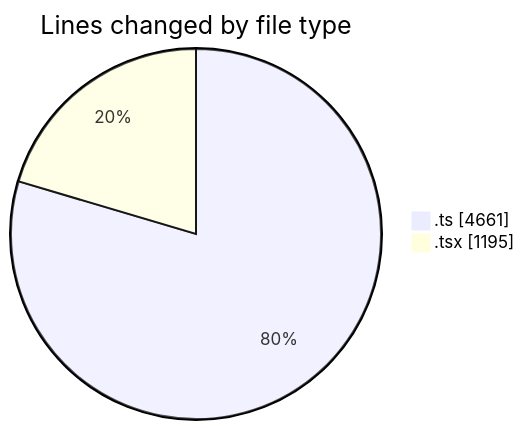
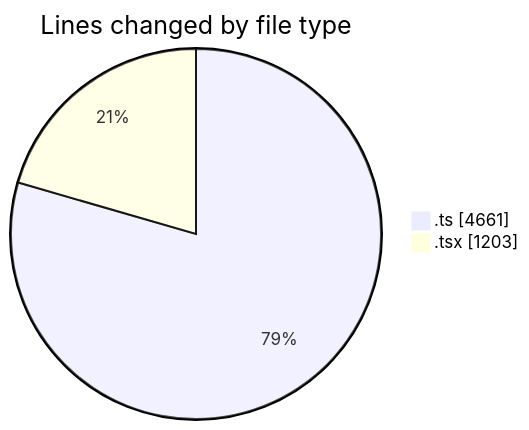
The first of 2 diagrams in 2025-07-25/cohera/README.md (JenPaints/code-tracking), drawn with Mermaid before and after one commit. The commit also changed other lines of this file and 1 other file, not shown here.

````diff
--- a/2025-07-25/cohera/README.md
+++ b/2025-07-25/cohera/README.md
@@ -30,6 +30,6 @@
 ```mermaid
 pie showData
 title Lines changed by file type
 ".ts" : 4661
-".tsx" : 1195
+".tsx" : 1203
 ```
````
